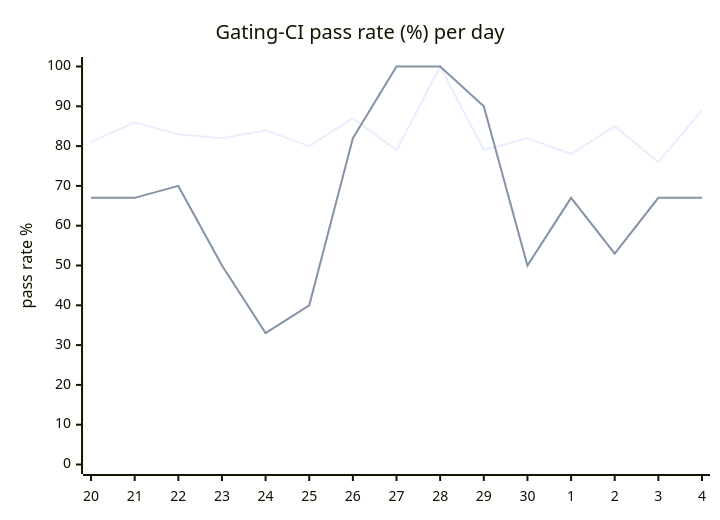
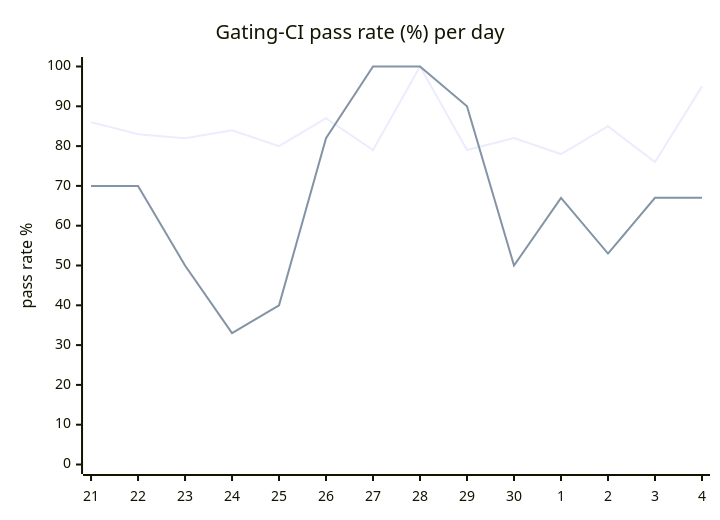
Before and after one commit to hatchet-dev/hatchet: the diagram in hack/ci/ci-dashboard/staging/issue.md, drawn with Mermaid. The commit also changed other lines of this file, not shown here.

````diff
--- a/hack/ci/ci-dashboard/staging/issue.md
+++ b/hack/ci/ci-dashboard/staging/issue.md
@@ -9,8 +9,8 @@
 ```mermaid
 xychart-beta
   title "Gating-CI pass rate (%) per day"
-  x-axis [20, 21, 22, 23, 24, 25, 26, 27, 28, 29, 30, 1, 2, 3, 4]
+  x-axis [21, 22, 23, 24, 25, 26, 27, 28, 29, 30, 1, 2, 3, 4]
   y-axis "pass rate %" 0 --> 100
-  line "CI" [81, 86, 83, 82, 84, 80, 87, 79, 100, 79, 82, 78, 85, 76, 89]
-  line "main" [67, 67, 70, 50, 33, 40, 82, 100, 100, 90, 50, 67, 53, 67, 67]
+  line "CI" [86, 83, 82, 84, 80, 87, 79, 100, 79, 82, 78, 85, 76, 95]
+  line "main" [70, 70, 50, 33, 40, 82, 100, 100, 90, 50, 67, 53, 67, 67]
 ```
````
